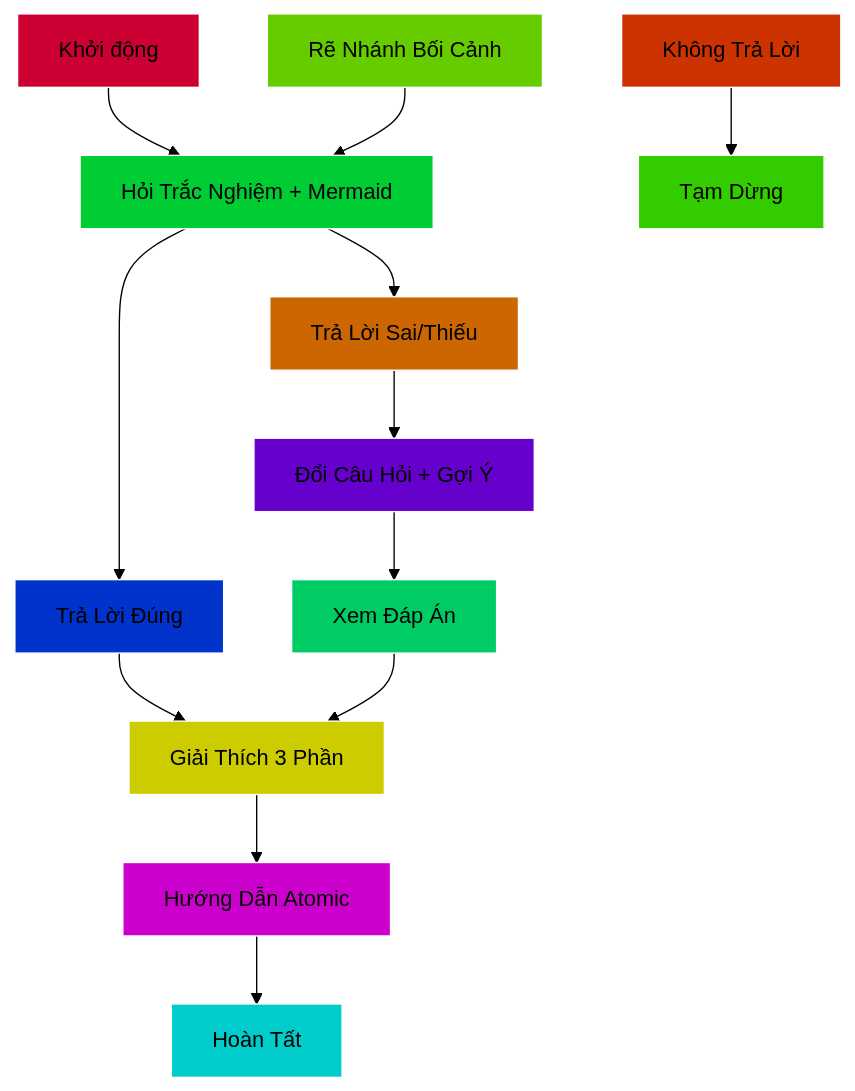
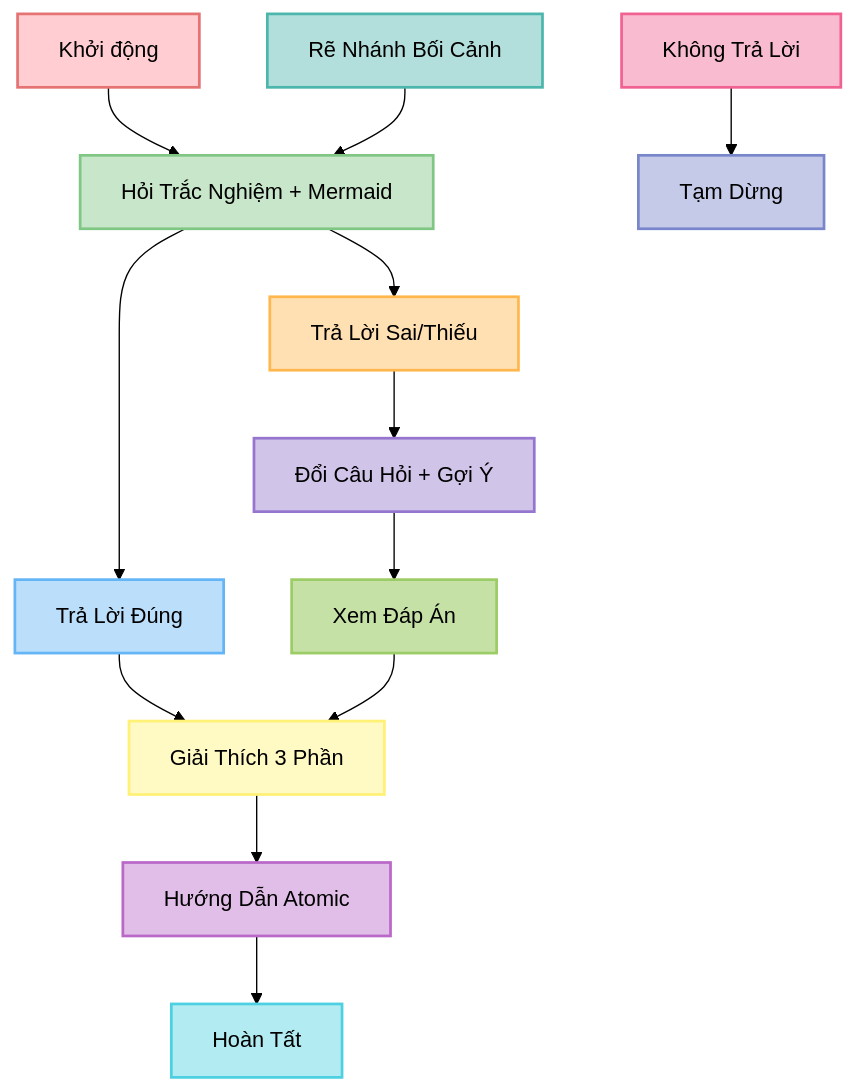
One commit to ngockhanhvd2812/System_Prompt changed the third of 6 diagrams in Deep_Learning.md. Above: the diagram before and after it, drawn with Mermaid (forest theme). The commit also changed other lines of this file, not shown here.

````diff
--- a/Deep_Learning.md
+++ b/Deep_Learning.md
@@ -978,26 +979,27 @@
 ```mermaid
 graph TD
     A[Khởi động] --> B[Hỏi Trắc Nghiệm + Mermaid]
     B --> C[Trả Lời Đúng]
     C --> D[Giải Thích 3 Phần]
     D --> E[Hướng Dẫn Atomic]
     E --> F[Hoàn Tất]
     B --> G[Trả Lời Sai/Thiếu]
     G --> H[Đổi Câu Hỏi + Gợi Ý]
     H --> I[Xem Đáp Án]
     I --> D
     J[Rẽ Nhánh Bối Cảnh] --> B
     K[Không Trả Lời] --> L[Tạm Dừng]
-    style A fill:#CC0033,stroke:#FFF
-    style B fill:#00CC33,stroke:#FFF
-    style C fill:#0033CC,stroke:#FFF
-    style D fill:#CCCC00,stroke:#FFF
-    style E fill:#CC00CC,stroke:#FFF
-    style F fill:#00CCCC,stroke:#FFF
-    style G fill:#CC6600,stroke:#FFF
-    style H fill:#6600CC,stroke:#FFF
-    style I fill:#00CC66,stroke:#FFF
-    style J fill:#66CC00,stroke:#FFF
-    style K fill:#CC3300,stroke:#FFF
-    style L fill:#33CC00,stroke:#FFF
+    style A fill:#FFCDD2,stroke:#E57373,stroke-width:2px
+    style B fill:#C8E6C9,stroke:#81C784,stroke-width:2px
+    style C fill:#BBDEFB,stroke:#64B5F6,stroke-width:2px
+    style D fill:#FFF9C4,stroke:#FFF176,stroke-width:2px
+    style E fill:#E1BEE7,stroke:#BA68C8,stroke-width:2px
+    style F fill:#B2EBF2,stroke:#4DD0E1,stroke-width:2px
+    style G fill:#FFE0B2,stroke:#FFB74D,stroke-width:2px
+    style H fill:#D1C4E9,stroke:#9575CD,stroke-width:2px
+    style I fill:#C5E1A5,stroke:#9CCC65,stroke-width:2px
+    style J fill:#B2DFDB,stroke:#4DB6AC,stroke-width:2px
+    style K fill:#F8BBD0,stroke:#F06292,stroke-width:2px
+    style L fill:#C5CAE9,stroke:#7986CB,stroke-width:2px
+
 ```
````
